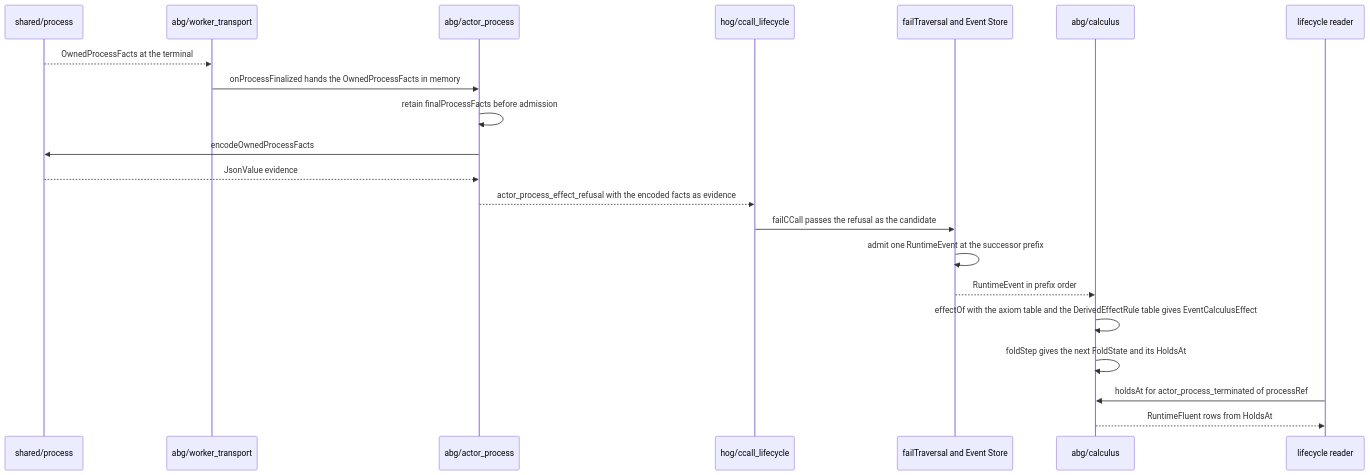
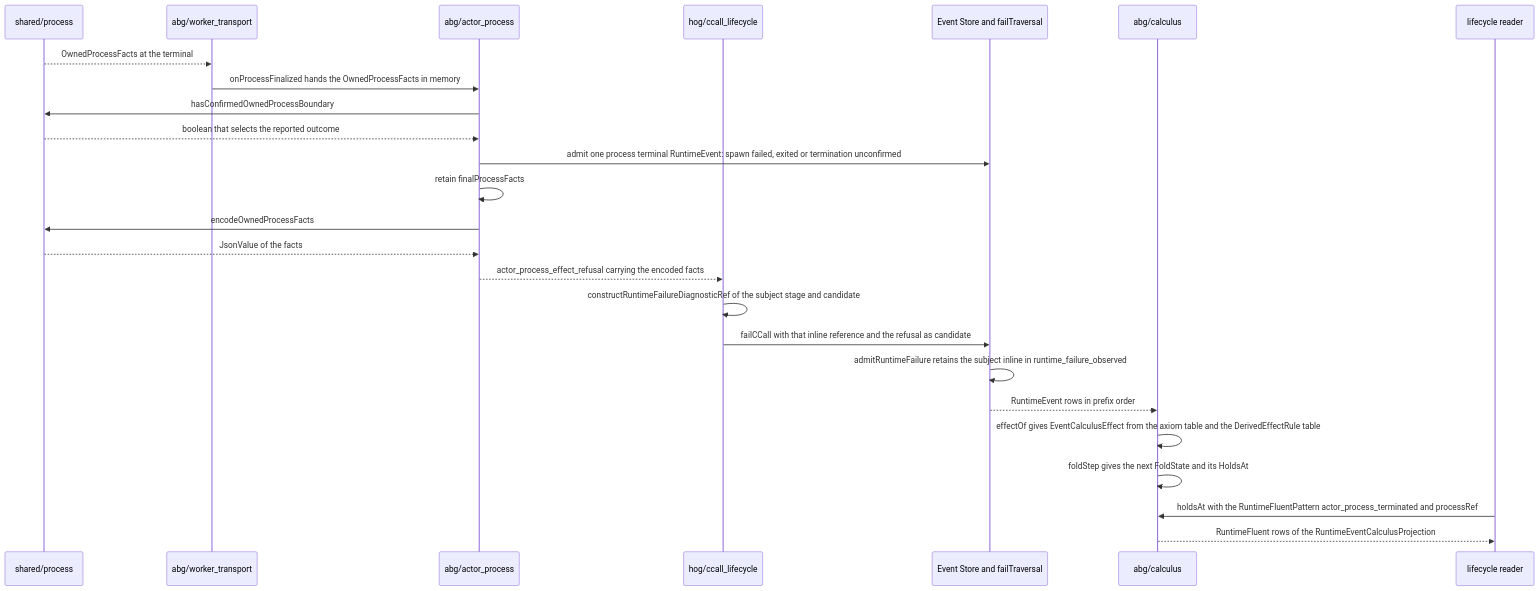
The third of 6 diagrams in build_tenants/abiogenesis/typescript/design/ABI5_COMMON_COMPUTATIONAL_CAPABILITY_LIBRARY_DESIGN.md (foolishimp/abiogenesis), drawn with Mermaid before and after one commit. The commit also changed other lines of this file and 3 other files, not shown here.

First line of the commit message:
Step 1 repair 2: facts in L via terminal events and diagnostic subject; closed module law; U(B) table

````diff
--- a/build_tenants/abiogenesis/typescript/design/ABI5_COMMON_COMPUTATIONAL_CAPABILITY_LIBRARY_DESIGN.md
+++ b/build_tenants/abiogenesis/typescript/design/ABI5_COMMON_COMPUTATIONAL_CAPABILITY_LIBRARY_DESIGN.md
@@ -374,23 +423,27 @@
 ```mermaid
 sequenceDiagram
   participant L as shared/process
   participant T as abg/worker_transport
   participant A as abg/actor_process
   participant H as hog/ccall_lifecycle
-  participant E as failTraversal and Event Store
+  participant E as Event Store and failTraversal
   participant C as abg/calculus
   participant R as lifecycle reader
   L-->>T: OwnedProcessFacts at the terminal
   T->>A: onProcessFinalized hands the OwnedProcessFacts in memory
-  A->>A: retain finalProcessFacts before admission
+  A->>L: hasConfirmedOwnedProcessBoundary
+  L-->>A: boolean that selects the reported outcome
+  A->>E: admit one process terminal RuntimeEvent: spawn failed, exited or termination unconfirmed
+  A->>A: retain finalProcessFacts
   A->>L: encodeOwnedProcessFacts
-  L-->>A: JsonValue evidence
-  A-->>H: actor_process_effect_refusal with the encoded facts as evidence
-  H->>E: failCCall passes the refusal as the candidate
-  E->>E: admit one RuntimeEvent at the successor prefix
-  E-->>C: RuntimeEvent in prefix order
-  C->>C: effectOf with the axiom table and the DerivedEffectRule table gives EventCalculusEffect
+  L-->>A: JsonValue of the facts
+  A-->>H: actor_process_effect_refusal carrying the encoded facts
+  H->>H: constructRuntimeFailureDiagnosticRef of the subject stage and candidate
+  H->>E: failCCall with that inline reference and the refusal as candidate
+  E->>E: admitRuntimeFailure retains the subject inline in runtime_failure_observed
+  E-->>C: RuntimeEvent rows in prefix order
+  C->>C: effectOf gives EventCalculusEffect from the axiom table and the DerivedEffectRule table
   C->>C: foldStep gives the next FoldState and its HoldsAt
-  R->>C: holdsAt for actor_process_terminated of processRef
-  C-->>R: RuntimeFluent rows from HoldsAt
+  R->>C: holdsAt with the RuntimeFluentPattern actor_process_terminated and processRef
+  C-->>R: RuntimeFluent rows of the RuntimeEventCalculusProjection
 ```
````
